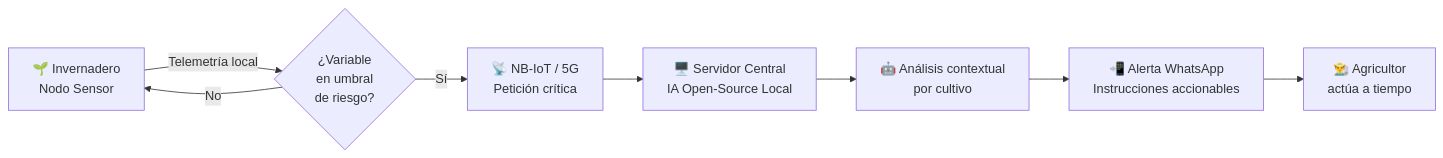
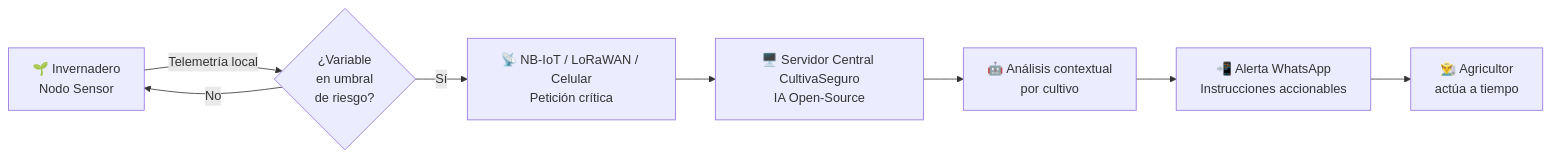
The diagram in README.md (rcontrerasa/CultivaSeguro), drawn with Mermaid before and after one commit. The commit also changed other lines of this file, not shown here.

````diff
--- a/README.md
+++ b/README.md
@@ -109,10 +124,10 @@
 ```mermaid
 flowchart LR
     A[🌱 Invernadero<br/>Nodo Sensor] -->|Telemetría local| B{¿Variable<br/>en umbral<br/>de riesgo?}
     B -- No --> A
-    B -- Sí --> C[📡 NB-IoT / 5G<br/>Petición crítica]
-    C --> D[🖥️ Servidor Central<br/>IA Open-Source Local]
+    B -- Sí --> C[📡 NB-IoT / LoRaWAN / Celular<br/>Petición crítica]
+    C --> D[🖥️ Servidor Central CultivaSeguro<br/>IA Open-Source]
     D --> E[🤖 Análisis contextual<br/>por cultivo]
     E --> F[📲 Alerta WhatsApp<br/>Instrucciones accionables]
     F --> G[👨‍🌾 Agricultor<br/>actúa a tiempo]
 ```
````
